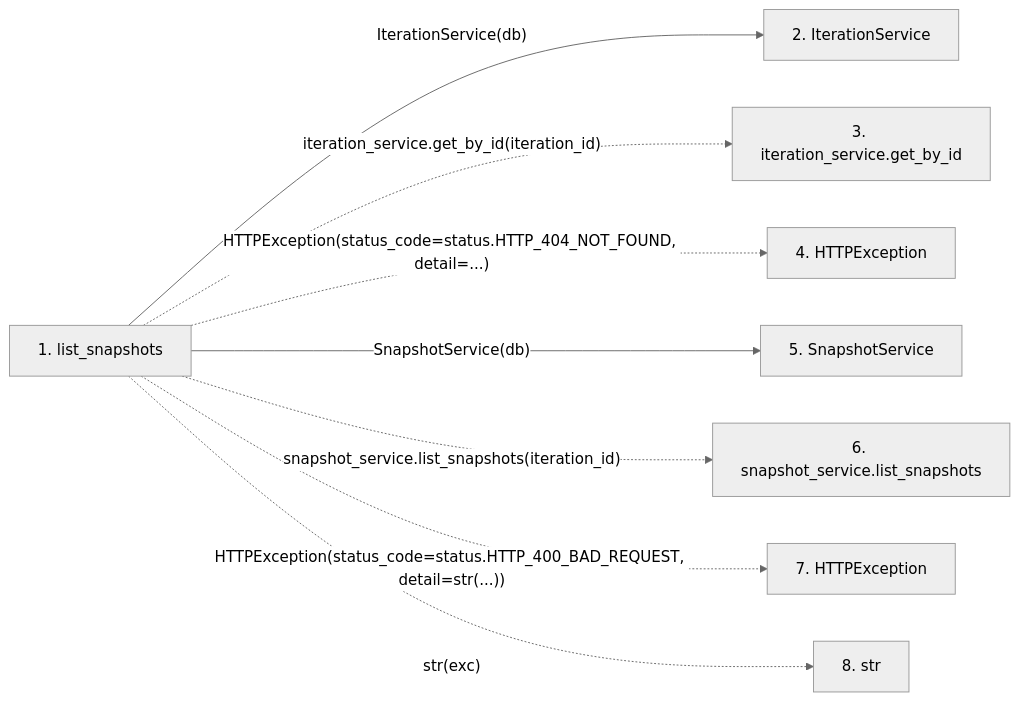
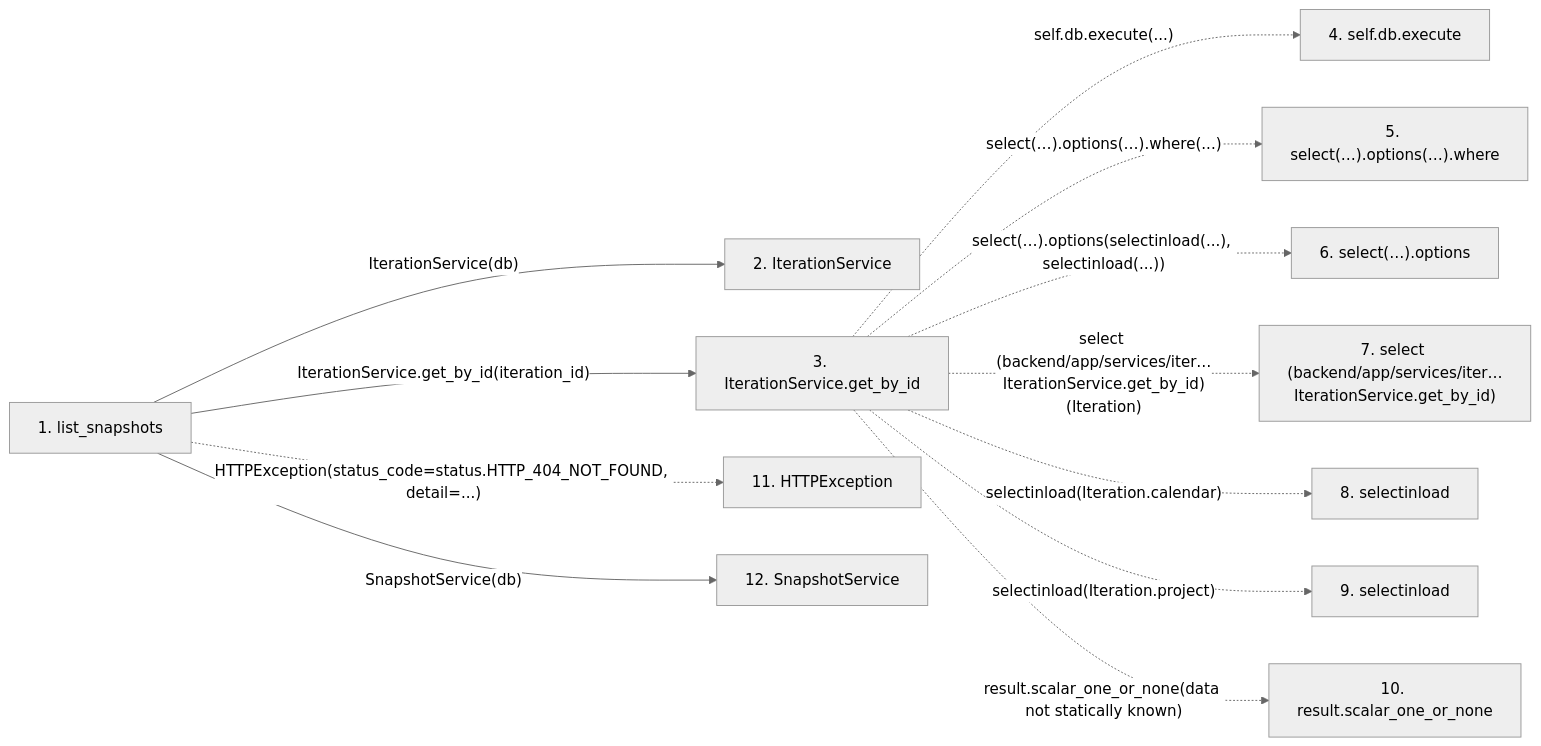
Before and after one commit to Denissvgn/WorkChord: the second of 2 diagrams in docs/llm_wiki/flows/http-list_snapshots.md, drawn with Mermaid (neutral theme). The commit also changed other lines of this file and 25171 other files, not shown here.

````diff
--- a/docs/llm_wiki/flows/http-list_snapshots.md
+++ b/docs/llm_wiki/flows/http-list_snapshots.md
@@ -31,21 +119,30 @@
 ```mermaid
 flowchart LR
     s1["1. list_snapshots"]
     s2["2. IterationService"]
-    s3["3. iteration_service.get_by_id"]
-    s4["4. HTTPException"]
-    s5["5. SnapshotService"]
-    s6["6. snapshot_service.list_snapshots"]
-    s7["7. HTTPException"]
-    s8["8. str"]
+    s3["3. IterationService.get_by_id"]
+    s4["4. self.db.execute"]
+    s5["5. select(…).options(…).where"]
+    s6["6. select(…).options"]
+    s7["7. select (backend/app/services/iter…IterationService.get_by_id)"]
+    s8["8. selectinload"]
+    s9["9. selectinload"]
+    s10["10. result.scalar_one_or_none"]
+    s11["11. HTTPException"]
+    s12["12. SnapshotService"]
     s1 -->|"IterationService(db)"| s2
-    s1 -. "iteration_service.get_by_id(iteration_id)" .-> s3
-    s1 -. "HTTPException(status_code=status.HTTP_404_NOT_FOUND, detail=...)" .-> s4
-    s1 -->|"SnapshotService(db)"| s5
-    s1 -. "snapshot_service.list_snapshots(iteration_id)" .-> s6
-    s1 -. "HTTPException(status_code=status.HTTP_400_BAD_REQUEST, detail=str(...))" .-> s7
-    s1 -. "str(exc)" .-> s8
+    s1 -->|"IterationService.get_by_id(iteration_id)"| s3
+    s3 -. "self.db.execute(...)" .-> s4
+    s3 -. "select(…).options(…).where(...)" .-> s5
+    s3 -. "select(…).options(selectinload(...), selectinload(...))" .-> s6
+    s3 -. "select (backend/app/services/iter…IterationService.get_by_id)(Iteration)" .-> s7
+    s3 -. "selectinload(Iteration.calendar)" .-> s8
+    s3 -. "selectinload(Iteration.project)" .-> s9
+    s3 -. "result.scalar_one_or_none(data not statically known)" .-> s10
+    s1 -. "HTTPException(status_code=status.HTTP_404_NOT_FOUND, detail=...)" .-> s11
+    s1 -->|"SnapshotService(db)"| s12
     click s1 "../modules/snapshots.md"
     click s2 "../modules/iteration_service.md"
-    click s5 "../modules/snapshot_service.md"
+    click s3 "../modules/iteration_service.md"
+    click s12 "../modules/snapshot_service.md"
 ```
````
